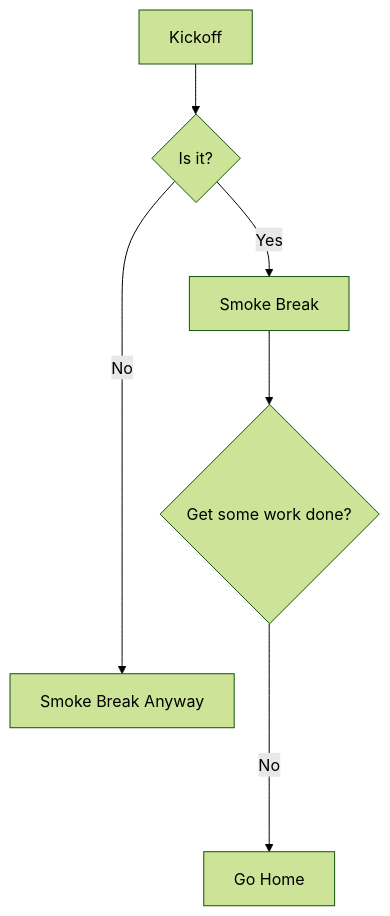
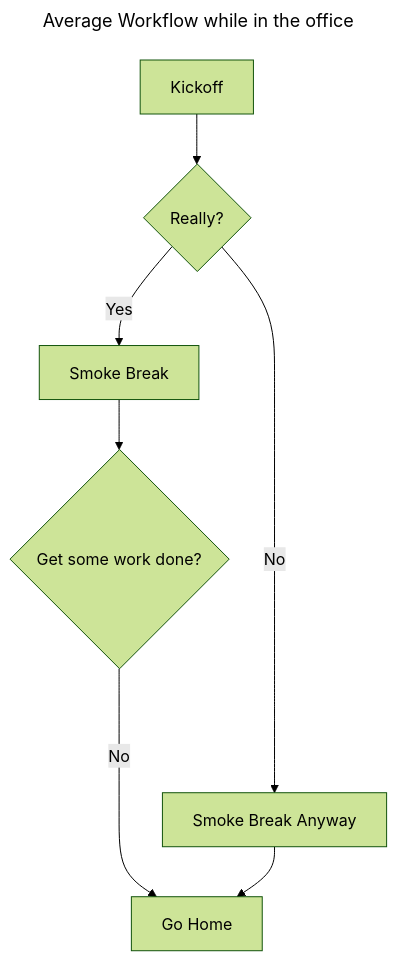
Before and after one commit to EricTelekom/EricTelekom: the second of 2 diagrams in README.md, drawn with Mermaid (forest theme). The commit also changed other lines of this file, not shown here.

````diff
--- a/README.md
+++ b/README.md
@@ -40,9 +24,12 @@
 ```mermaid
+---
+title: Average Workflow while in the office
+---
 flowchart TD
-    A[Kickoff] --> B{Is it?}
+    A[Kickoff] --> B{Really?}
     B -->|Yes| C[Smoke Break]
     C --> D{Get some work done?}
     D ---->|No| E[Go Home]
     B ---->|No| F[Smoke Break Anyway]
-    
+    F --> E
 ```
````
